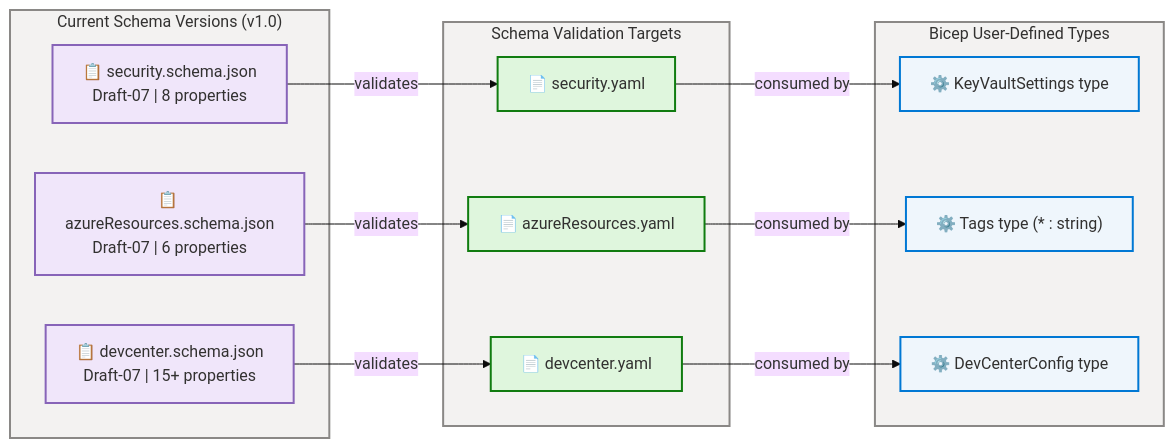
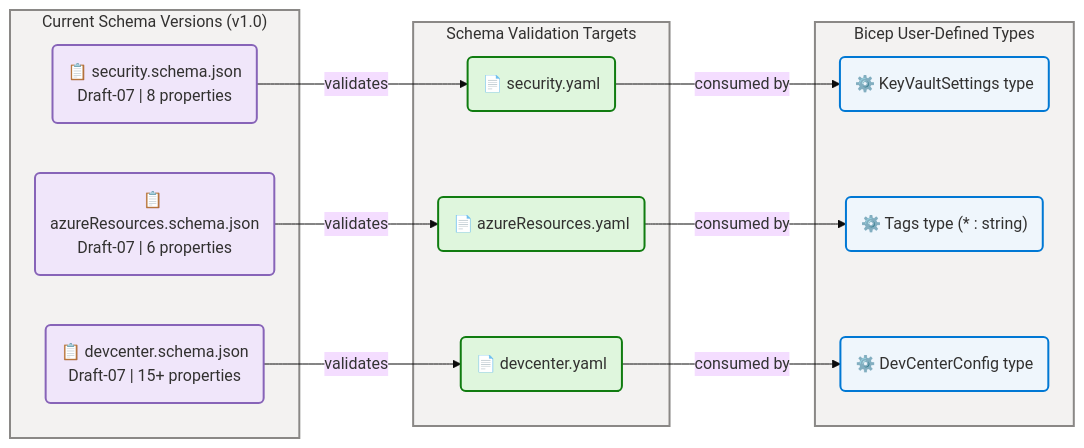
One commit to Evilazaro/DevExp-DevBox changed the tenth of 14 diagrams in docs/architecture/data-architecture.md. Above: the diagram before and after it, drawn with Mermaid. The commit also changed other lines of this file, not shown here.

Commit message:
feat: update data architecture diagrams with new class definitions and styling

````diff
--- a/docs/architecture/data-architecture.md
+++ b/docs/architecture/data-architecture.md
@@ -1032,56 +1033,56 @@
 ```mermaid
 ---
 config:
   theme: base
   look: classic
   layout: dagre
   themeVariables:
     fontSize: "16px"
 ---
 flowchart LR
     accTitle: DevExp-DevBox Schema Evolution Timeline
     accDescr: Shows the current schema versions for all three configuration schemas and their validation relationships
 
     %% ═══════════════════════════════════════════════════════════════════════════
     %% AZURE / FLUENT ARCHITECTURE PATTERN v1.1
     %% (Semantic + Structural + Font + Accessibility Governance)
     %% ═══════════════════════════════════════════════════════════════════════════
     %% PHASE 1 - FLUENT UI: All styling uses approved Fluent UI palette only
     %% PHASE 2 - GROUPS: Every subgraph has semantic color via style directive
     %% PHASE 3 - COMPONENTS: Every node has semantic classDef + icon prefix
     %% PHASE 4 - ACCESSIBILITY: accTitle/accDescr present, WCAG AA contrast
     %% PHASE 5 - STANDARD: Governance block present, classDefs centralized
     %% ═══════════════════════════════════════════════════════════════════════════
 
-    classDef current fill:#EFF6FC,stroke:#0078D4,stroke-width:2px,color:#323130
-    classDef schema fill:#F0E6FA,stroke:#8764B8,stroke-width:2px,color:#323130
-    classDef config fill:#DFF6DD,stroke:#107C10,stroke-width:2px,color:#323130
-
     subgraph CurrentSchemas["Current Schema Versions (v1.0)"]
-        S1["📋 devcenter.schema.json<br>Draft-07 | 15+ properties"]:::schema
-        S2["📋 security.schema.json<br>Draft-07 | 8 properties"]:::schema
-        S3["📋 azureResources.schema.json<br>Draft-07 | 6 properties"]:::schema
+        S1("📋 devcenter.schema.json<br>Draft-07 | 15+ properties"):::data
+        S2("📋 security.schema.json<br>Draft-07 | 8 properties"):::data
+        S3("📋 azureResources.schema.json<br>Draft-07 | 6 properties"):::data
     end
     style CurrentSchemas fill:#F3F2F1,stroke:#8A8886,stroke-width:2px,color:#323130
 
     subgraph Validations["Schema Validation Targets"]
-        C1["📄 devcenter.yaml"]:::config
-        C2["📄 security.yaml"]:::config
-        C3["📄 azureResources.yaml"]:::config
+        C1("📄 devcenter.yaml"):::success
+        C2("📄 security.yaml"):::success
+        C3("📄 azureResources.yaml"):::success
     end
     style Validations fill:#F3F2F1,stroke:#8A8886,stroke-width:2px,color:#323130
 
     subgraph BicepTypes["Bicep User-Defined Types"]
-        B1["⚙️ KeyVaultSettings type"]:::current
-        B2["⚙️ Tags type (* : string)"]:::current
-        B3["⚙️ DevCenterConfig type"]:::current
+        B1("⚙️ KeyVaultSettings type"):::core
+        B2("⚙️ Tags type (* : string)"):::core
+        B3("⚙️ DevCenterConfig type"):::core
     end
     style BicepTypes fill:#F3F2F1,stroke:#8A8886,stroke-width:2px,color:#323130
 
     S1 -->|"validates"| C1
     S2 -->|"validates"| C2
     S3 -->|"validates"| C3
     C1 -->|"consumed by"| B3
     C2 -->|"consumed by"| B1
     C3 -->|"consumed by"| B2
+
+    classDef core fill:#EFF6FC,stroke:#0078D4,stroke-width:2px,color:#323130
+    classDef data fill:#F0E6FA,stroke:#8764B8,stroke-width:2px,color:#323130
+    classDef success fill:#DFF6DD,stroke:#107C10,stroke-width:2px,color:#323130
 ```
````
